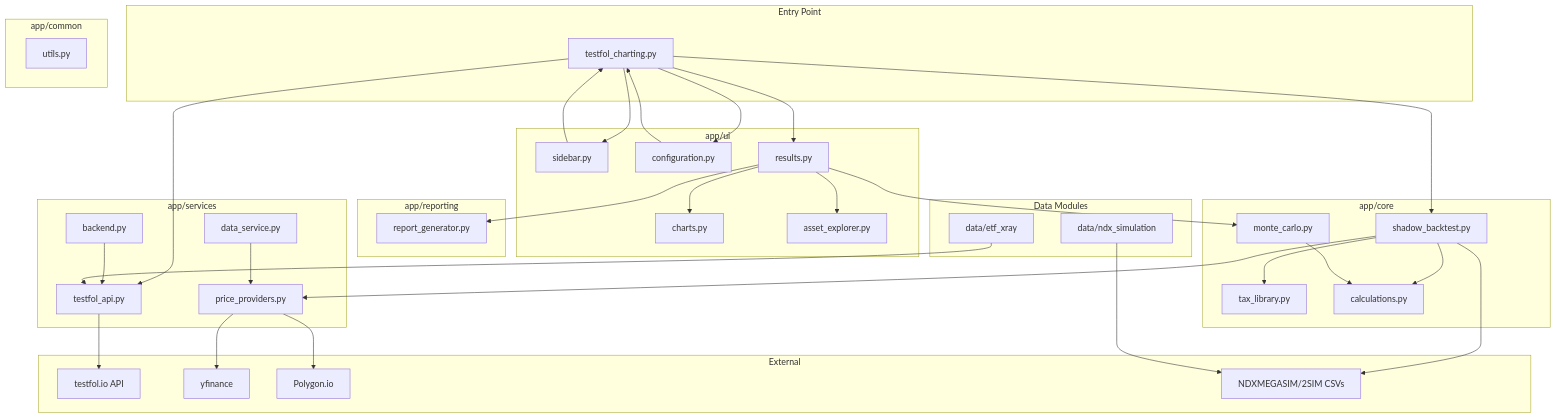
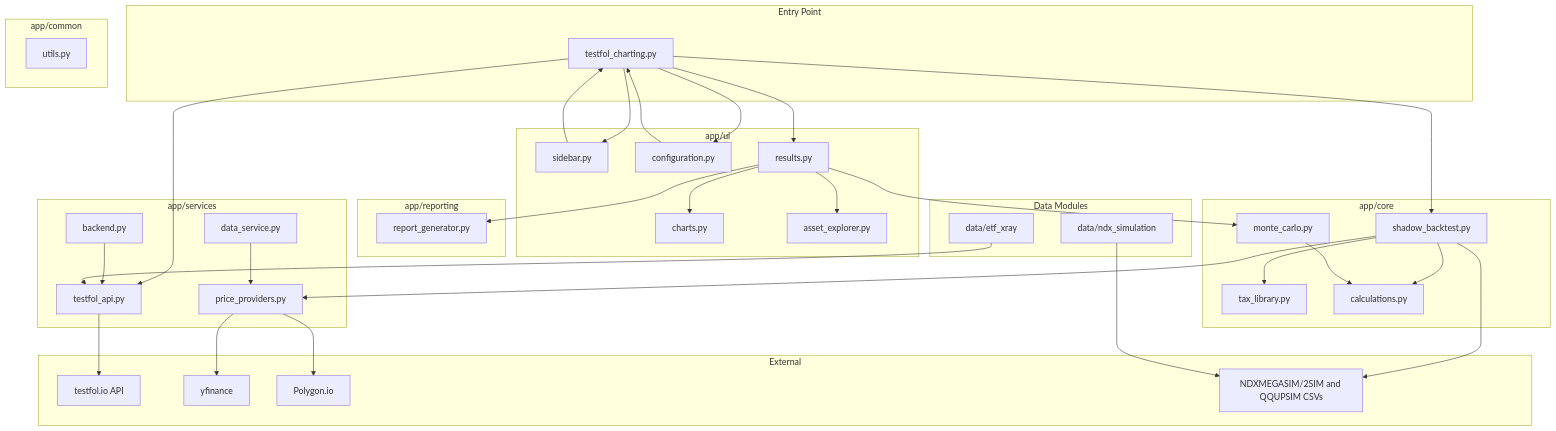
One commit to thebeals/Testfol-MarginStresser changed the first of 3 diagrams in app/ARCHITECTURE.md. Above: the diagram before and after it, drawn with Mermaid. The commit also changed other lines of this file and 21 other files, not shown here.

````diff
--- a/app/ARCHITECTURE.md
+++ b/app/ARCHITECTURE.md
@@ -11,79 +11,79 @@
 ```mermaid
 graph TD
     subgraph Entry Point
         MAIN[testfol_charting.py]
     end
 
     subgraph app/ui
         SB[sidebar.py]
         CF[configuration.py]
         RS[results.py]
         CH[charts.py]
         AE[asset_explorer.py]
     end
 
     subgraph app/core
         SH[shadow_backtest.py]
         TX[tax_library.py]
         MC[monte_carlo.py]
         CA[calculations.py]
     end
 
     subgraph app/services
         API[testfol_api.py]
         BE[backend.py]
         PP[price_providers.py]
         DS[data_service.py]
     end
 
     subgraph app/common
         UT[utils.py]
     end
 
     subgraph app/reporting
         RG[report_generator.py]
     end
 
     subgraph External
         TESTFOL[testfol.io API]
         YF[yfinance]
         PG[Polygon.io]
-        MEGA[NDXMEGASIM/2SIM CSVs]
+        MEGA[NDXMEGASIM/2SIM and QQUPSIM CSVs]
     end
 
     MAIN --> SB
     MAIN --> CF
     MAIN --> RS
     
     SB --> MAIN
     CF --> MAIN
     
     RS --> CH
     RS --> AE
     RS --> RG
     
     MAIN --> API --> TESTFOL
     MAIN --> SH
     
     SH --> TX
     SH --> CA
     SH --> PP
     SH --> MEGA
 
     PP --> PG
     PP --> YF
     DS --> PP
     
     RS --> MC
     MC --> CA
     
     BE --> API
 
     subgraph Data Modules
         NDX[data/ndx_simulation]
         XRAY[data/etf_xray]
     end
     
     NDX --> MEGA
     XRAY --> API
 ```
````
